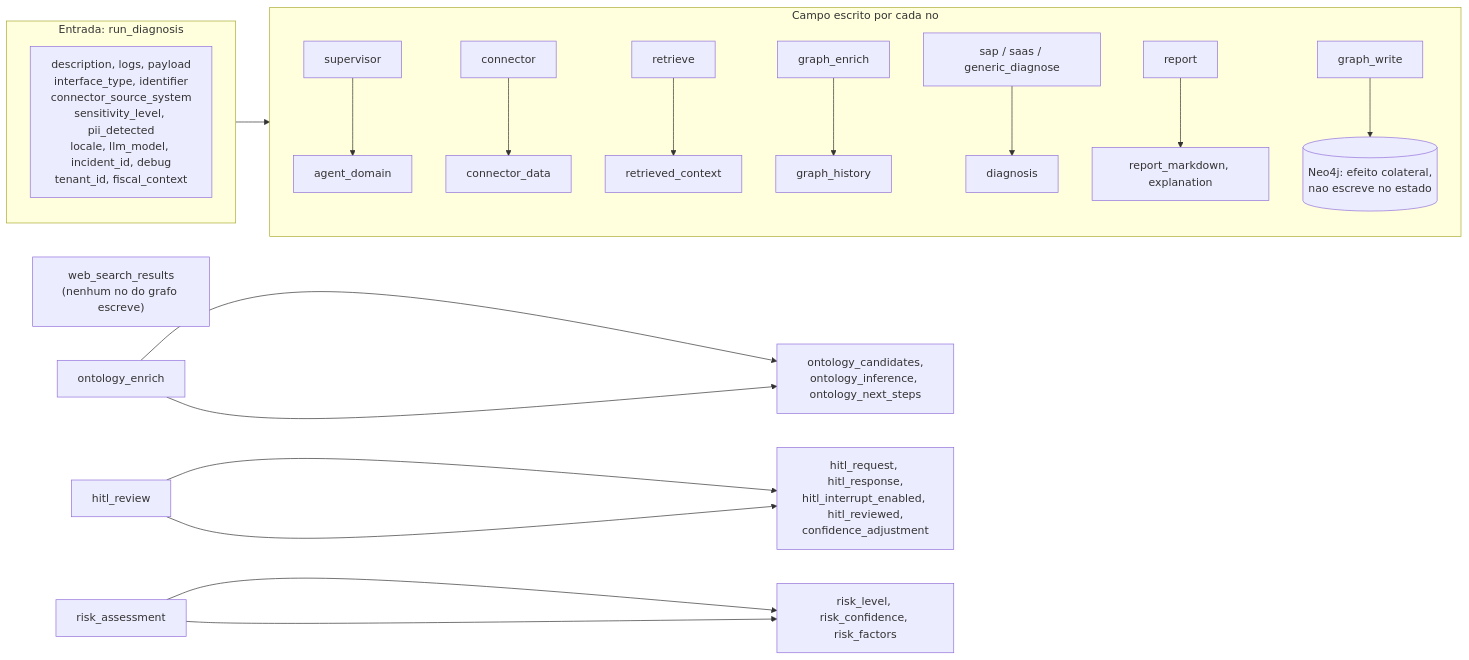
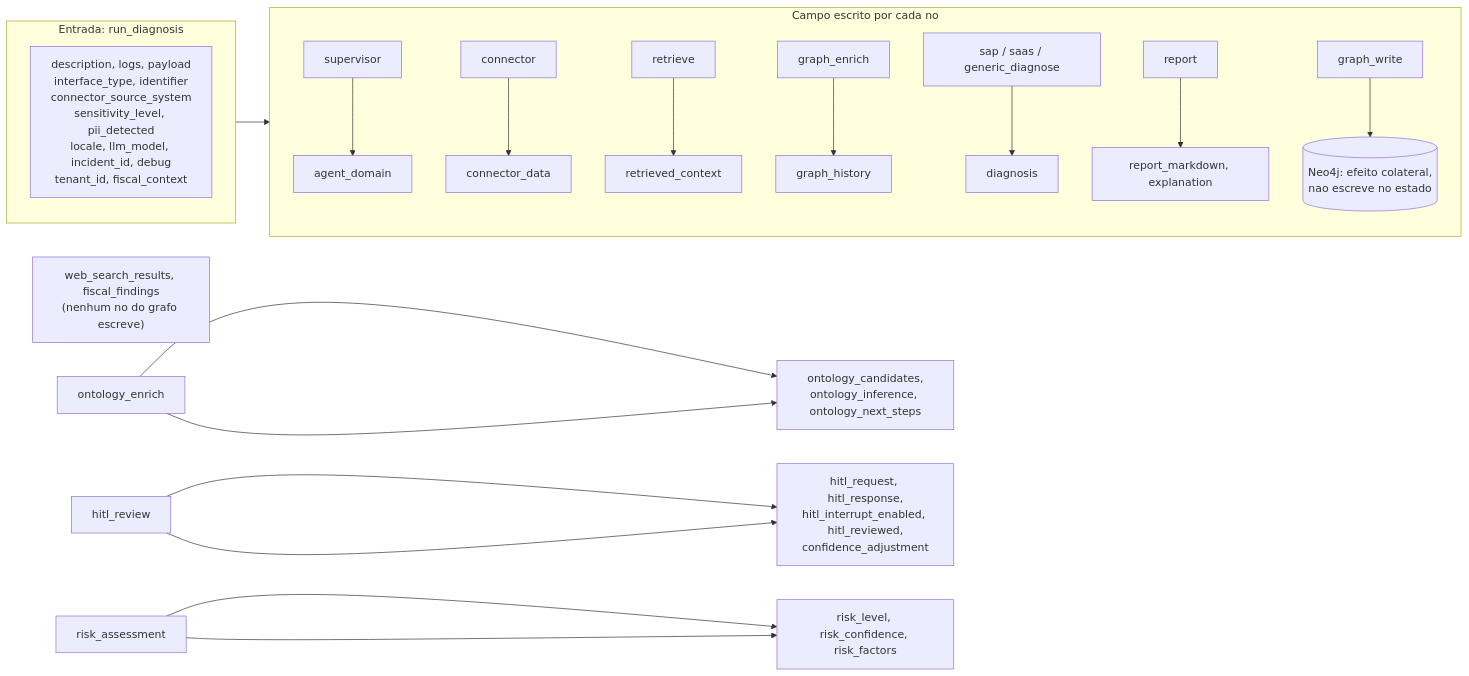
One commit to marcos-slima/integration-incident-copilot changed the fifth of 28 diagrams in docs/ARCHITECTURE.md. Above: the diagram before and after it, drawn with Mermaid. The commit also changed other lines of this file and 14 other files, not shown here.

````diff
--- a/docs/ARCHITECTURE.md
+++ b/docs/ARCHITECTURE.md
@@ -209,23 +209,23 @@
 ```mermaid
 flowchart LR
     subgraph entrada["Entrada: run_diagnosis"]
         e1["description, logs, payload<br/>interface_type, identifier<br/>connector_source_system<br/>sensitivity_level, pii_detected<br/>locale, llm_model, incident_id, debug<br/>tenant_id, fiscal_context"]
     end
     subgraph nos["Campo escrito por cada no"]
         sup["supervisor"] --> s1["agent_domain"]
         con["connector"] --> s2["connector_data"]
         ret["retrieve"] --> s3["retrieved_context"]
         gen["graph_enrich"] --> s4["graph_history"]
         dia["sap / saas / generic_diagnose"] --> s5["diagnosis"]
         rep["report"] --> s6["report_markdown, explanation"]
         gw["graph_write"] --> n4j[("Neo4j: efeito colateral,<br/>nao escreve no estado")]
     end
-    morto["web_search_results<br/>(nenhum no do grafo escreve)"]
+    morto["web_search_results, fiscal_findings<br/>(nenhum no do grafo escreve)"]
     ont["ontology_enrich"] --> s7["ontology_candidates,<br/>ontology_inference, ontology_next_steps"]
     hitl["hitl_review"] --> s8["hitl_request, hitl_response,<br/>hitl_interrupt_enabled, hitl_reviewed,<br/>confidence_adjustment"]
     risk["risk_assessment"] --> s9["risk_level, risk_confidence, risk_factors"]
     entrada --> nos
     ont --> s7
     hitl --> s8
     risk --> s9
 ```
````
